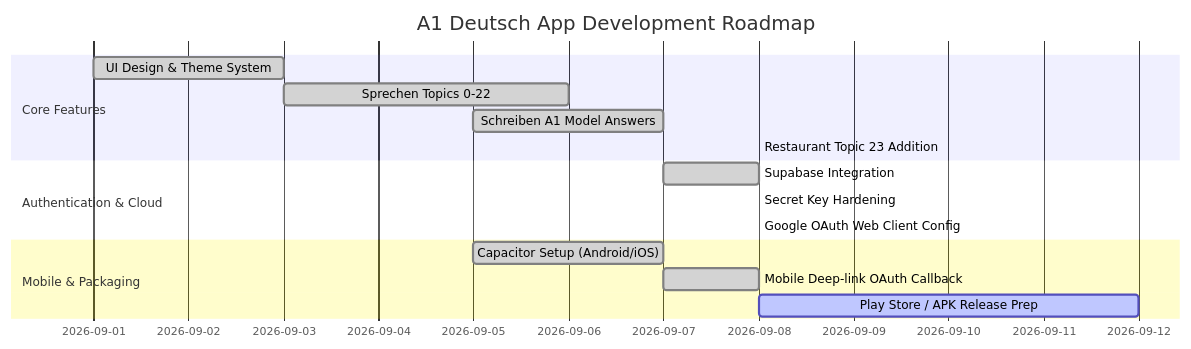
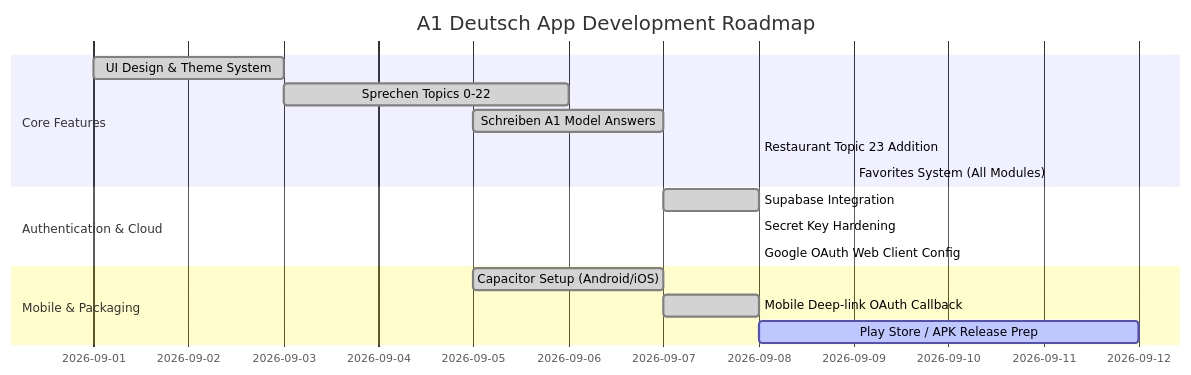
One commit to mondheruiux-glitch/deutsch-preparation changed the fourth of 4 diagrams in PROGRESS.md. Above: the diagram before and after it, drawn with Mermaid. The commit also changed other lines of this file and 11 other files, not shown here.

Commit message:
feat: add universal favorites system with horizontal section tabs and delete confirmation

````diff
--- a/PROGRESS.md
+++ b/PROGRESS.md
@@ -151,18 +165,19 @@
 ```mermaid
 gantt
     title A1 Deutsch App Development Roadmap
     dateFormat  YYYY-MM-DD
     section Core Features
     UI Design & Theme System        :done, des1, 2026-09-01, 2026-09-03
     Sprechen Topics 0-22            :done, des2, 2026-09-03, 2026-09-06
     Schreiben A1 Model Answers      :done, des3, 2026-09-05, 2026-09-07
     Restaurant Topic 23 Addition    :done, des4, 2026-09-08, 2026-09-08
+    Favorites System (All Modules)  :done, des5, 2026-09-09, 2026-09-09
     section Authentication & Cloud
     Supabase Integration           :done, auth1, 2026-09-07, 2026-09-08
     Secret Key Hardening            :done, auth2, 2026-09-08, 2026-09-08
     Google OAuth Web Client Config  :done, auth3, 2026-09-08, 2026-09-08
     section Mobile & Packaging
     Capacitor Setup (Android/iOS)   :done, mob1, 2026-09-05, 2026-09-07
     Mobile Deep-link OAuth Callback :done, mob2, 2026-09-07, 2026-09-08
     Play Store / APK Release Prep   :active, mob3, 2026-09-08, 2026-09-12
 ```
````
